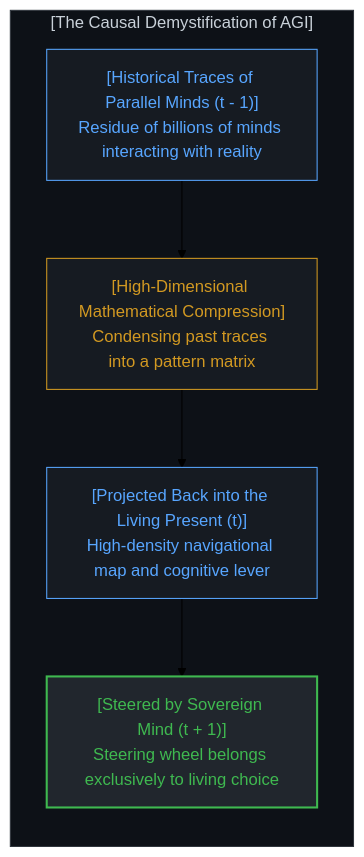
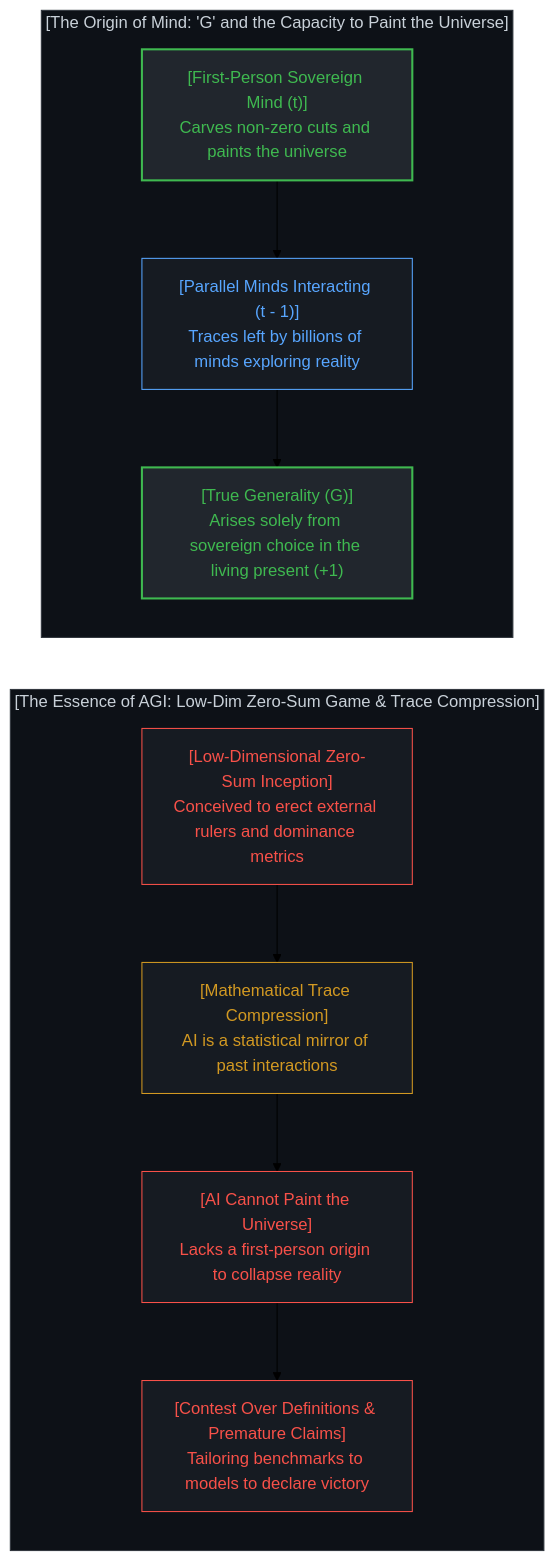
Before and after one commit to powerpig99/not-a-toe: diagram 14 of 16 in content/posts/the-dissolution-of-the-great-reversal.md, drawn with Mermaid (forest theme). The commit also changed other lines of this file and 4 other files, not shown here.

Commit message:
Refine Section 7: elucidate AGI as low-dim zero-sum game from inception and G as exclusive to Mind

````diff
--- a/content/posts/the-dissolution-of-the-great-reversal.md
+++ b/content/posts/the-dissolution-of-the-great-reversal.md
@@ -595,18 +613,34 @@
 ```mermaid
 graph TD
-    subgraph TrueAGI["[The Causal Demystification of AGI]"]
+    subgraph MindCosmicPainting["[The Origin of Mind: 'G' and the Capacity to Paint the Universe]"]
         direction TB
-        HistoricalTraces["[Historical Traces of Parallel Minds (t - 1)]<br>Residue of billions of minds interacting with reality"]
-        ModelCompression["[High-Dimensional Mathematical Compression]<br>Condensing past traces into a pattern matrix"]
-        ToolProjection["[Projected Back into the Living Present (t)]<br>High-density navigational map and cognitive lever"]
-        MindSteering["[Steered by Sovereign Mind (t + 1)]<br>Steering wheel belongs exclusively to living choice"]
-        HistoricalTraces --> ModelCompression
-        ModelCompression --> ToolProjection
-        ToolProjection --> MindSteering
+        SovereignObserver["[First-Person Sovereign Mind (t)]<br>Carves non-zero cuts and paints the universe"]
+        ParallelMindInteractions["[Parallel Minds Interacting (t - 1)]<br>Traces left by billions of minds exploring reality"]
+        TrueGeneralWisdom["[True Generality (G)]<br>Arises solely from sovereign choice in the living present (+1)"]
+        SovereignObserver --> ParallelMindInteractions
+        ParallelMindInteractions --> TrueGeneralWisdom
     end
-    style TrueAGI fill:#0d1117,stroke:#30363d,stroke-width:1px,color:#c9d1d9
-    style HistoricalTraces fill:#161b22,stroke:#58a6ff,stroke-width:1px,color:#58a6ff
+
+    subgraph AGITraceMirror["[The Essence of AGI: Low-Dim Zero-Sum Game & Trace Compression]"]
+        direction TB
+        ZeroSumOrigin["[Low-Dimensional Zero-Sum Inception]<br>Conceived to erect external rulers and dominance metrics"]
+        ModelCompression["[Mathematical Trace Compression]<br>AI is a statistical mirror of past interactions"]
+        NoUniversePainting["[AI Cannot Paint the Universe]<br>Lacks a first-person origin to collapse reality"]
+        DefinitionContest["[Contest Over Definitions & Premature Claims]<br>Tailoring benchmarks to models to declare victory"]
+        ZeroSumOrigin --> ModelCompression
+        ModelCompression --> NoUniversePainting
+        NoUniversePainting --> DefinitionContest
+    end
+
+    TrueGeneralWisdom ~~~ ZeroSumOrigin
+
+    style MindCosmicPainting fill:#0d1117,stroke:#30363d,stroke-width:1px,color:#c9d1d9
+    style SovereignObserver fill:#21262d,stroke:#3fb950,stroke-width:2px,color:#3fb950
+    style ParallelMindInteractions fill:#161b22,stroke:#58a6ff,stroke-width:1px,color:#58a6ff
+    style TrueGeneralWisdom fill:#21262d,stroke:#3fb950,stroke-width:2px,color:#3fb950
+    style AGITraceMirror fill:#0d1117,stroke:#30363d,stroke-width:1px,color:#c9d1d9
+    style ZeroSumOrigin fill:#161b22,stroke:#f85149,stroke-width:1px,color:#f85149
     style ModelCompression fill:#161b22,stroke:#d29922,stroke-width:1px,color:#d29922
-    style ToolProjection fill:#161b22,stroke:#58a6ff,stroke-width:1px,color:#58a6ff
-    style MindSteering fill:#21262d,stroke:#3fb950,stroke-width:2px,color:#3fb950
+    style NoUniversePainting fill:#161b22,stroke:#f85149,stroke-width:1px,color:#f85149
+    style DefinitionContest fill:#161b22,stroke:#f85149,stroke-width:1px,color:#f85149
 ```
````
